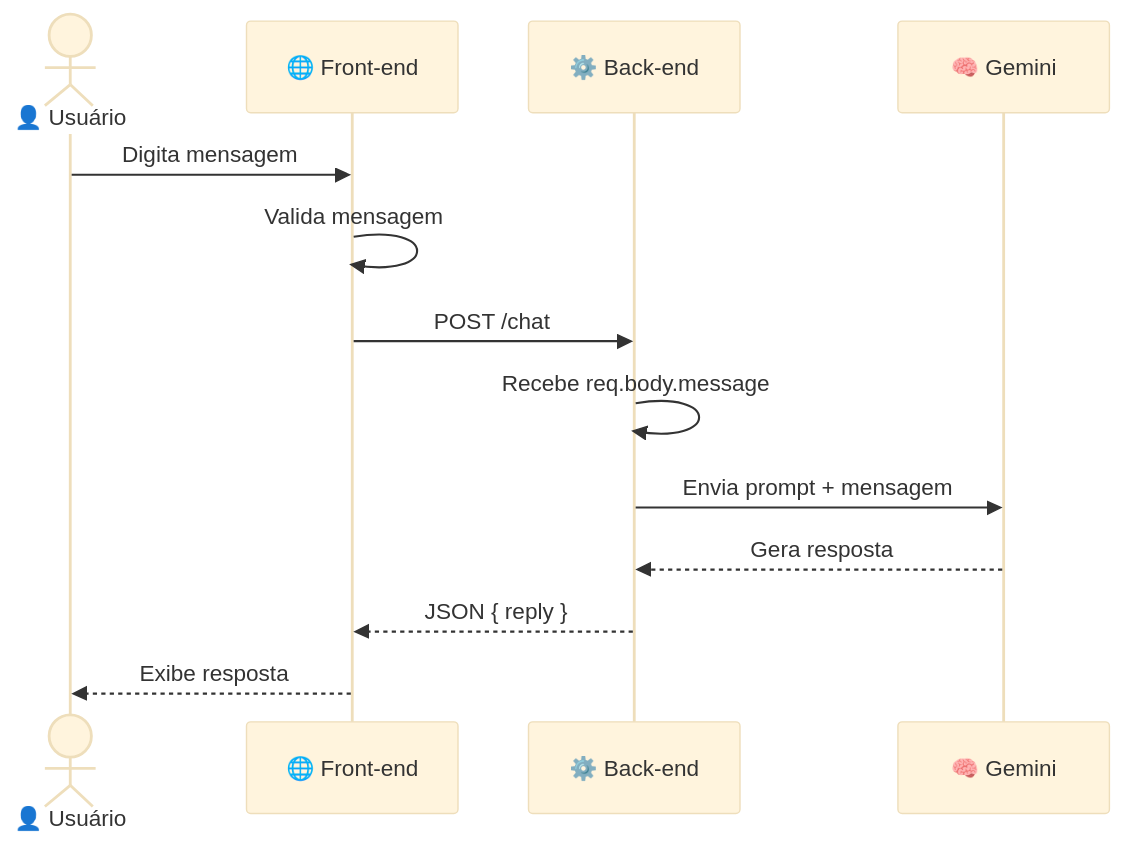
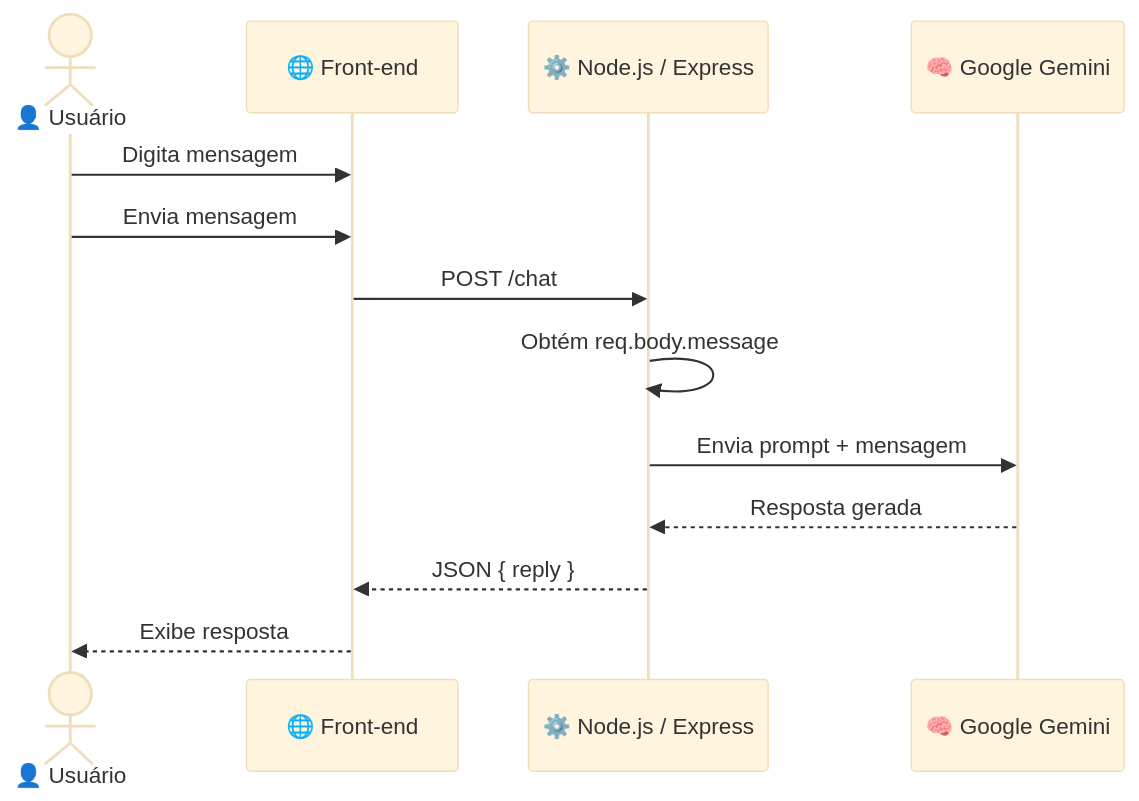
The second of 2 diagrams in README.md (MiqueiasNves/ampara-1), drawn with Mermaid (base theme) before and after one commit. The commit also changed other lines of this file, not shown here.

````diff
--- a/README.md
+++ b/README.md
@@ -291,17 +288,20 @@
 ```mermaid
 sequenceDiagram
 
-    actor Usuario as 👤 Usuário
-    participant Front as 🌐 Front-end
-    participant Back as ⚙️ Back-end
-    participant Gemini as 🧠 Gemini
+    actor U as 👤 Usuário
+    participant F as 🌐 Front-end
+    participant B as ⚙️ Node.js / Express
+    participant G as 🧠 Google Gemini
 
-    Usuario->>Front: Digita mensagem
-    Front->>Front: Valida mensagem
-    Front->>Back: POST /chat
-    Back->>Back: Recebe req.body.message
-    Back->>Gemini: Envia prompt + mensagem
-    Gemini-->>Back: Gera resposta
-    Back-->>Front: JSON { reply }
-    Front-->>Usuario: Exibe resposta
+    U->>F: Digita mensagem
+    U->>F: Envia mensagem
+
+    F->>B: POST /chat
+    B->>B: Obtém req.body.message
+
+    B->>G: Envia prompt + mensagem
+    G-->>B: Resposta gerada
+
+    B-->>F: JSON { reply }
+    F-->>U: Exibe resposta
 ```
````
